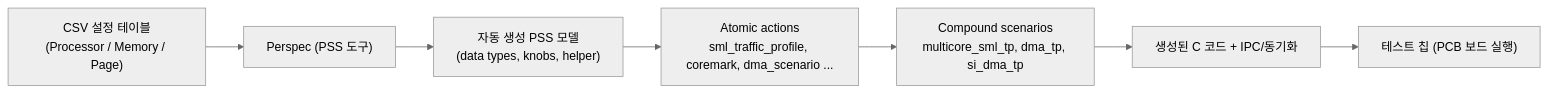
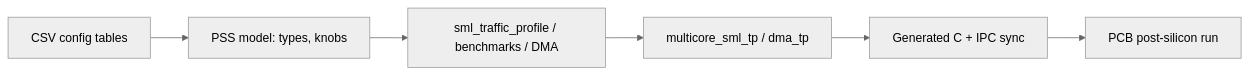
One commit to nemo99007/yt-paper changed the diagram in docs/papers/ref-20261018-b4a5-post-silicon-performance-validation-using-pss.md. Above: the diagram before and after it, drawn with Mermaid (neutral theme). The commit also changed other lines of this file and 6 other files, not shown here.

````diff
--- a/docs/papers/ref-20261018-b4a5-post-silicon-performance-validation-using-pss.md
+++ b/docs/papers/ref-20261018-b4a5-post-silicon-performance-validation-using-pss.md
@@ -203,9 +211,8 @@
 ```mermaid
 flowchart LR
-    CSV["CSV 설정 테이블<br/>(Processor / Memory / Page)"] --> PERSPEC["Perspec (PSS 도구)"]
-    PERSPEC --> MODEL["자동 생성 PSS 모델<br/>(data types, knobs, helper)"]
-    MODEL --> ACT["Atomic actions<br/>sml_traffic_profile, coremark, dma_scenario ..."]
-    ACT --> SCN["Compound scenarios<br/>multicore_sml_tp, dma_tp, si_dma_tp"]
-    SCN --> C["생성된 C 코드 + IPC/동기화"]
-    C --> HW["테스트 칩 (PCB 보드 실행)"]
+  CSV[CSV config tables] --> Model[PSS model: types, knobs]
+  Model --> Actions[sml_traffic_profile / benchmarks / DMA]
+  Actions --> Scen[multicore_sml_tp / dma_tp]
+  Scen --> Gen[Generated C + IPC sync]
+  Gen --> Board[PCB post-silicon run]
 ```
````
